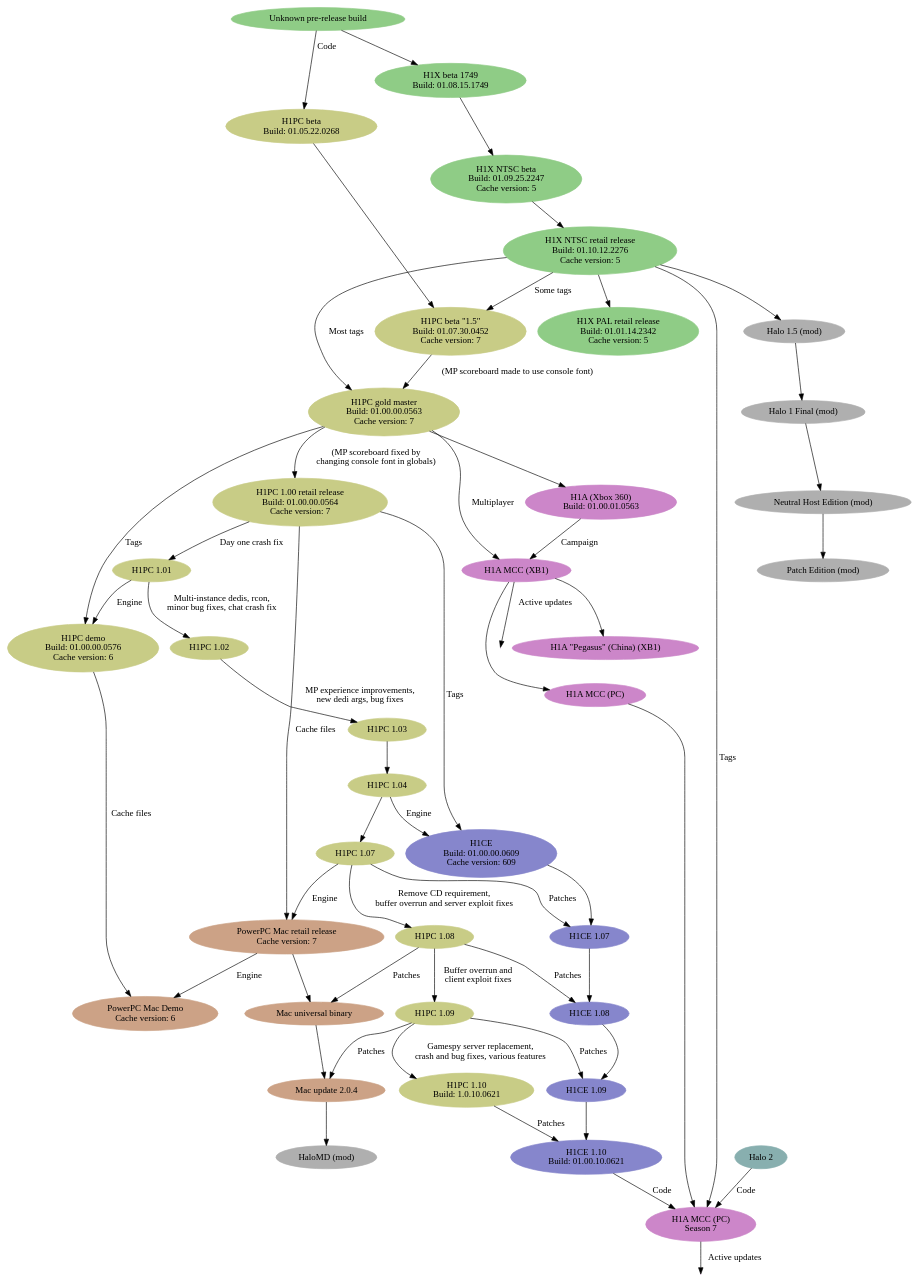
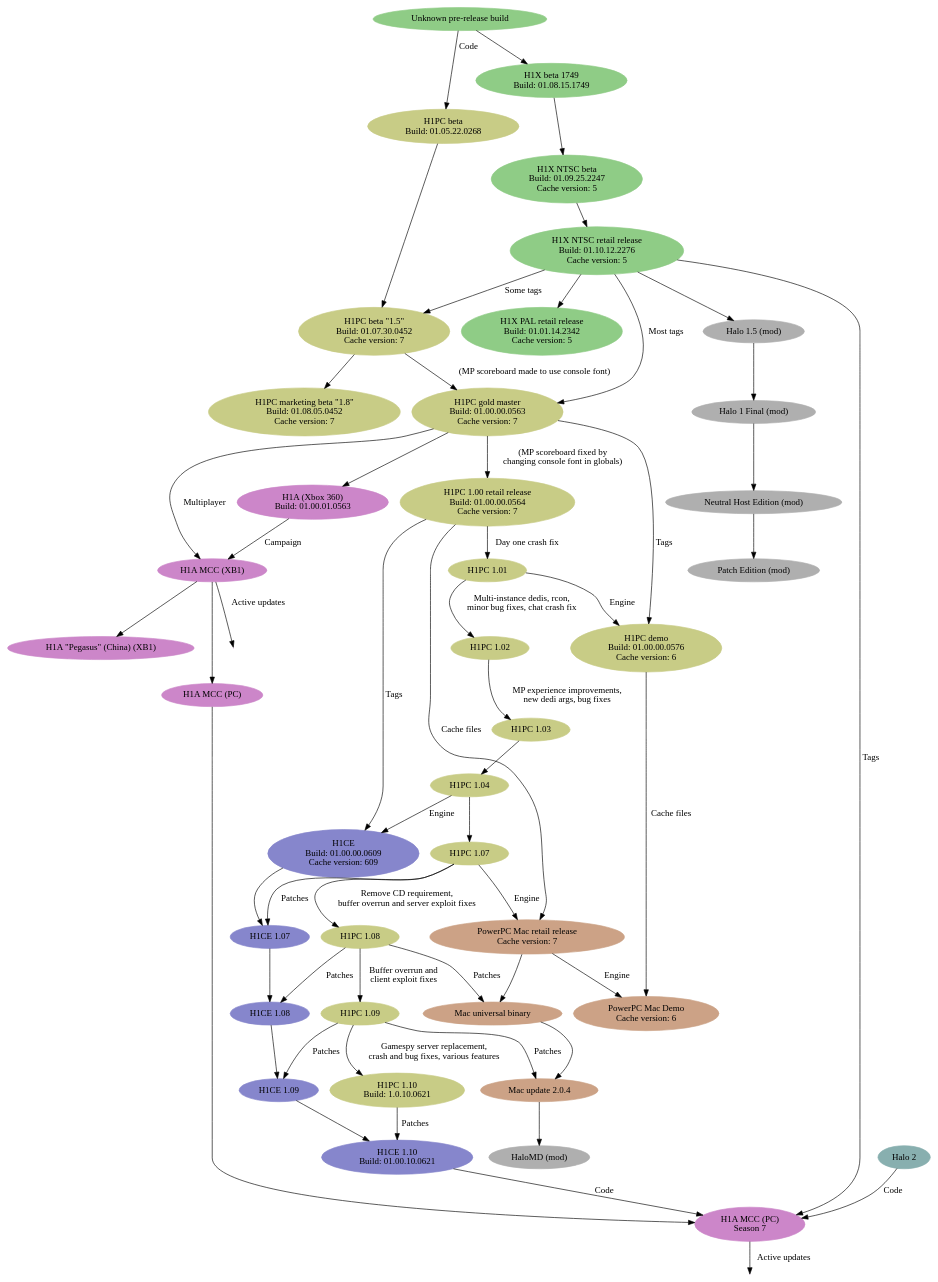
Before and after one commit to Sigmmma/c20: the diagram in src/content/h1/games.dot, drawn with Graphviz. The commit also changed 23 other files, not shown here.

```diff
--- a/src/content/h1/games.dot
+++ b/src/content/h1/games.dot
@@ -1,134 +1,136 @@
 digraph G {
   subgraph h1x {
     node [style=filled color="#8fcc86"]
     h1x_pre [label="Unknown pre-release build"]
     h1x_1749 [label="H1X beta 1749\nBuild: 01.08.15.1749"]
     h1x_ntsc_beta [label="H1X NTSC beta\nBuild: 01.09.25.2247\nCache version: 5"]
     h1x_ntsc_retail [label="H1X NTSC retail release\nBuild: 01.10.12.2276\nCache version: 5"]
     h1x_pal_retail [label="H1X PAL retail release\nBuild: 01.01.14.2342\nCache version: 5"]
   }
 
   #mods
   node [style=filled color="#afafaf"];
   h15 [label="Halo 1.5 (mod)"];
   h1final [label="Halo 1 Final (mod)"];
   nhe [label="Neutral Host Edition (mod)"];
   pe [label="Patch Edition (mod)"];
   halomd [label="HaloMD (mod)"];
 
   subgraph h1pc {
     node [style=filled color="#c8cc86"];
     pc_beta1 [label="H1PC beta\nBuild: 01.05.22.0268"];
     pc_beta2 [label="H1PC beta \"1.5\"\nBuild: 01.07.30.0452\nCache version: 7"];
+    pc_beta3 [label="H1PC marketing beta \"1.8\"\nBuild: 01.08.05.0452 \nCache version: 7"];
     pc_gold [label="H1PC gold master\nBuild: 01.00.00.0563\nCache version: 7"];
     pc_100 [label="H1PC 1.00 retail release\nBuild: 01.00.00.0564\nCache version: 7"];
     pc_101 [label="H1PC 1.01"];
     pc_102 [label="H1PC 1.02"];
     pc_103 [label="H1PC 1.03"];
     pc_104 [label="H1PC 1.04"];
     pc_107 [label="H1PC 1.07"];
     pc_108 [label="H1PC 1.08"];
     pc_109 [label="H1PC 1.09"];
     pc_110 [label="H1PC 1.10\nBuild: 1.0.10.0621"];
     pc_demo [label="H1PC demo\nBuild: 01.00.00.0576\nCache version: 6"];
   }
 
   subgraph mac {
     node [style=filled color="#cca286"];
     mac_retail [label="PowerPC Mac retail release\nCache version: 7"];
     mac_universal [label="Mac universal binary"];
     mac_204 [label="Mac update 2.0.4"];
     mac_demo [label="PowerPC Mac Demo\nCache version: 6"];
   }
 
   subgraph h1ce {
     node [style=filled color="#8686cc"];
     h1ce_100 [label="H1CE\nBuild: 01.00.00.0609\nCache version: 609"];
     h1ce_107 [label="H1CE 1.07"];
     h1ce_108 [label="H1CE 1.08"];
     h1ce_109 [label="H1CE 1.09"];
     h1ce_110 [label="H1CE 1.10\nBuild: 01.00.10.0621"];
   }
 
   subgraph h1a {
     node [style=filled color="#cc86c9"];
     h1a_360 [label="H1A (Xbox 360)\nBuild: 01.00.01.0563"];
     h1a_xbone [label="H1A MCC (XB1)"];
     h1a_xbone_china [label="H1A \"Pegasus\" (China) (XB1)"];
     h1a_pc [label="H1A MCC (PC)"];
     h1a_pc_s7 [label="H1A MCC (PC)\nSeason 7"];
     h1a_pc_live [label="", fixedsize="false", width=0, height=0, shape=none];
     h1a_xbone_live [label="", fixedsize="false", width=0, height=0, shape=none];
   }
 
 
 
   #other games
   node [style=filled color="#88afaf"];
   h2 [label="Halo 2"];
 
   h1x_pre -> h1x_1749;
   h1x_1749 -> h1x_ntsc_beta;
   h1x_ntsc_beta -> h1x_ntsc_retail;
   h1x_ntsc_retail -> h1x_pal_retail;
 
   # gearbox pc line
   h1x_pre -> pc_beta1 [label="Code"];
   pc_beta1 -> pc_beta2;
   h1x_ntsc_retail -> pc_beta2 [label="Some tags"];
+  pc_beta2 -> pc_beta3;
   pc_beta2 -> pc_gold [label="(MP scoreboard made to use console font)"];
   h1x_ntsc_retail -> pc_gold [label="Most tags"];
   pc_gold -> pc_100 [label="(MP scoreboard fixed by\nchanging console font in globals)"];
   pc_100 -> pc_101 [label="Day one crash fix"];
   pc_101 -> pc_102 [label="Multi-instance dedis, rcon,\nminor bug fixes, chat crash fix"];
   pc_102 -> pc_103 [label="MP experience improvements,\nnew dedi args, bug fixes"];
   pc_103 -> pc_104;
   pc_104 -> pc_107;
   pc_107 -> pc_108 [label="Remove CD requirement,\nbuffer overrun and server exploit fixes"];
   pc_108 -> pc_109 [label="Buffer overrun and\nclient exploit fixes"];
   pc_109 -> pc_110 [label="Gamespy server replacement,\ncrash and bug fixes, various features"];
   pc_gold -> pc_demo [label="Tags"];
   pc_101 -> pc_demo [label="Engine"];
 
   # custom edition line
   pc_104 -> h1ce_100 [label="Engine"];
   pc_100 -> h1ce_100 [label="Tags"];
   h1ce_100 -> h1ce_107;
   pc_107 -> h1ce_107 [label="Patches"];
   h1ce_107 -> h1ce_108;
   pc_108 -> h1ce_108 [label="Patches"];
   h1ce_108 -> h1ce_109;
   pc_109 -> h1ce_109 [label="Patches"];
   h1ce_109 -> h1ce_110;
   pc_110 -> h1ce_110 [label="Patches"];
 
   # mac
   pc_demo -> mac_demo [label="Cache files"];
   pc_100 -> mac_retail [label="Cache files"];
   pc_107 -> mac_retail [label="Engine"];
   mac_retail -> mac_demo [label="Engine"];
   mac_retail -> mac_universal;
   pc_108 -> mac_universal [label="Patches"];
   mac_universal -> mac_204;
   pc_109 -> mac_204 [label="Patches"];
 
   # mods
   h1x_ntsc_retail -> h15;
   h15 -> h1final;
   h1final -> nhe;
   nhe -> pe;
   mac_204 -> halomd;
 
   # h1a and mcc
   pc_gold -> h1a_360;
   h1a_360 -> h1a_xbone [label="Campaign"];
   pc_gold -> h1a_xbone [label="Multiplayer"];
   h1a_xbone -> h1a_pc;
   h1a_xbone -> h1a_xbone_live [label="Active updates"];
   h1a_xbone -> h1a_xbone_china;
   h1a_pc -> h1a_pc_s7;
   h1ce_110 -> h1a_pc_s7 [label="Code"];
   h1x_ntsc_retail -> h1a_pc_s7 [label="Tags"];
   h2 -> h1a_pc_s7 [label="Code"];
   h1a_pc_s7 -> h1a_pc_live [label="Active updates"];
 }
```
